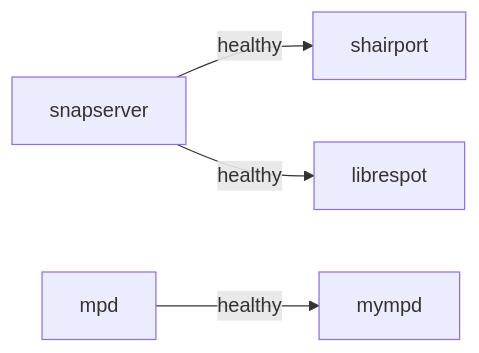
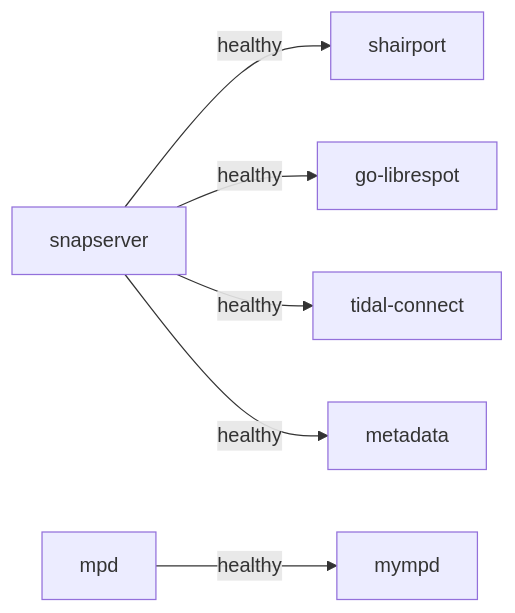
Before and after one commit to lollonet/snapMULTI: the second of 2 diagrams in docs/architecture/ARC-002.containers.md, drawn with Mermaid. The commit also changed other lines of this file and 11 other files, not shown here.

````diff
--- a/docs/architecture/ARC-002.containers.md
+++ b/docs/architecture/ARC-002.containers.md
@@ -78,6 +86,8 @@
 ```mermaid
 flowchart LR
     snapserver --> |healthy| shairport
-    snapserver --> |healthy| librespot
+    snapserver --> |healthy| golibrespot[go-librespot]
+    snapserver --> |healthy| tidal[tidal-connect]
     mpd --> |healthy| mympd
+    snapserver --> |healthy| metadata
 ```
````
